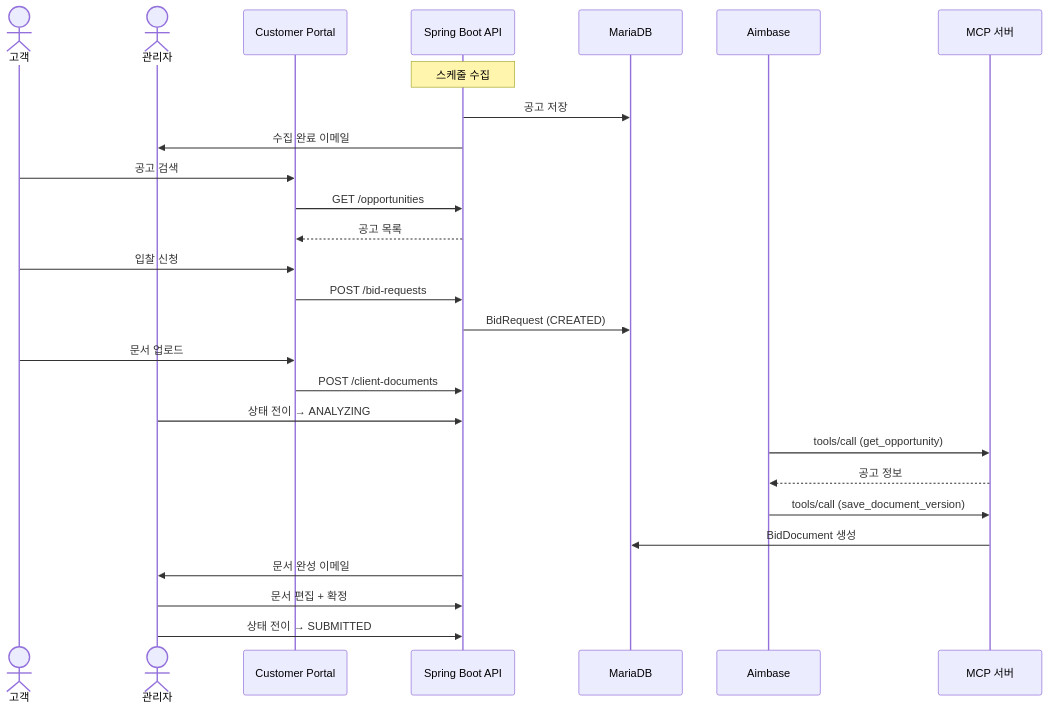
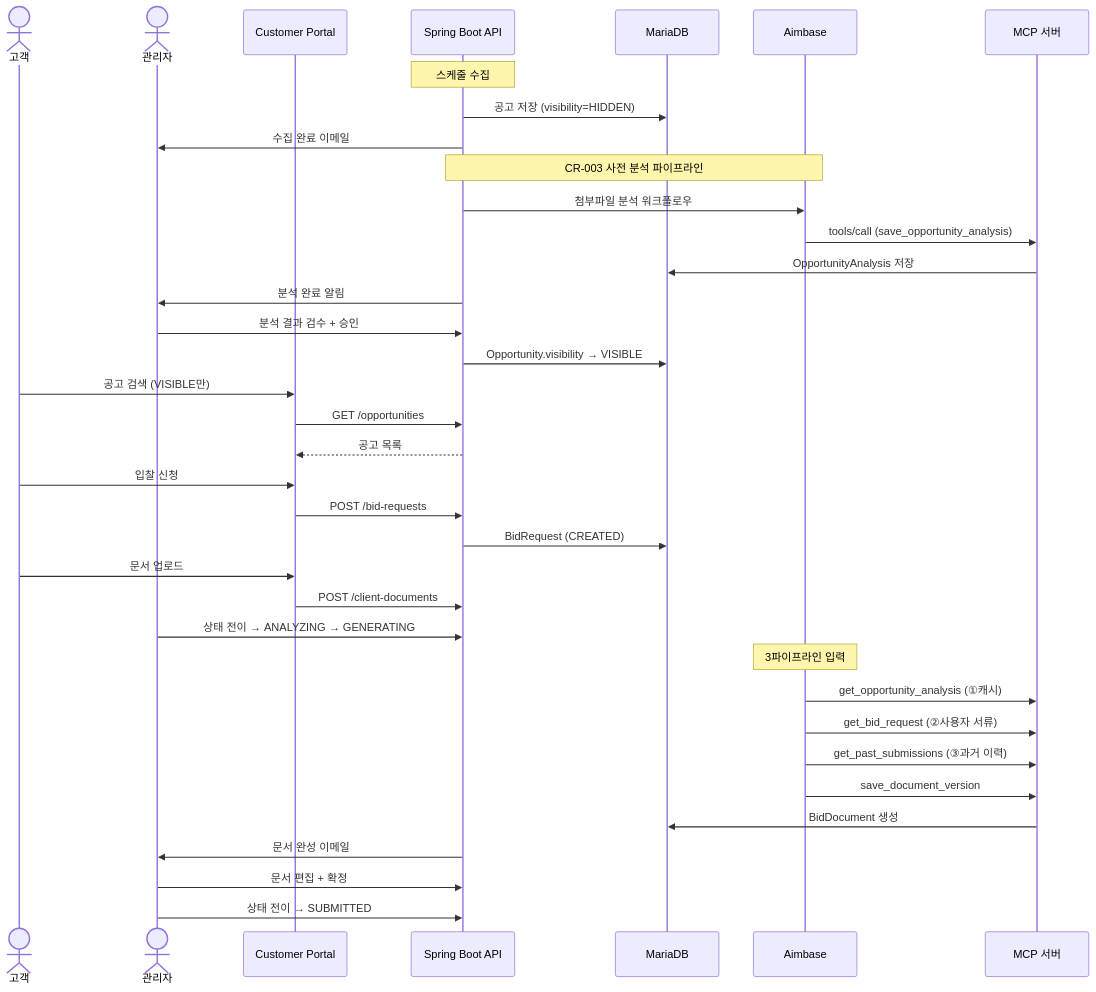
One commit to johnnykim7/wjbid changed the second of 2 diagrams in docs/execution-spec.md. Above: the diagram before and after it, drawn with Mermaid. The commit also changed other lines of this file and 169 other files, not shown here.

````diff
--- a/docs/execution-spec.md
+++ b/docs/execution-spec.md
@@ -444,35 +452,46 @@
 ```mermaid
 sequenceDiagram
     actor 고객
     actor 관리자
     participant Portal as Customer Portal
     participant API as Spring Boot API
     participant DB as MariaDB
     participant Aimbase
     participant MCP as MCP 서버
 
     Note over API: 스케줄 수집
-    API->>DB: 공고 저장
+    API->>DB: 공고 저장 (visibility=HIDDEN)
     API->>관리자: 수집 완료 이메일
 
-    고객->>Portal: 공고 검색
+    Note over API,Aimbase: CR-003 사전 분석 파이프라인
+    API->>Aimbase: 첨부파일 분석 워크플로우
+    Aimbase->>MCP: tools/call (save_opportunity_analysis)
+    MCP->>DB: OpportunityAnalysis 저장
+    API->>관리자: 분석 완료 알림
+
+    관리자->>API: 분석 결과 검수 + 승인
+    API->>DB: Opportunity.visibility → VISIBLE
+
+    고객->>Portal: 공고 검색 (VISIBLE만)
     Portal->>API: GET /opportunities
     API-->>Portal: 공고 목록
 
     고객->>Portal: 입찰 신청
     Portal->>API: POST /bid-requests
     API->>DB: BidRequest (CREATED)
 
     고객->>Portal: 문서 업로드
     Portal->>API: POST /client-documents
 
-    관리자->>API: 상태 전이 → ANALYZING
-    Aimbase->>MCP: tools/call (get_opportunity)
-    MCP-->>Aimbase: 공고 정보
-    Aimbase->>MCP: tools/call (save_document_version)
+    관리자->>API: 상태 전이 → ANALYZING → GENERATING
+    Note over Aimbase: 3파이프라인 입력
+    Aimbase->>MCP: get_opportunity_analysis (①캐시)
+    Aimbase->>MCP: get_bid_request (②사용자 서류)
+    Aimbase->>MCP: get_past_submissions (③과거 이력)
+    Aimbase->>MCP: save_document_version
     MCP->>DB: BidDocument 생성
     API->>관리자: 문서 완성 이메일
 
     관리자->>API: 문서 편집 + 확정
     관리자->>API: 상태 전이 → SUBMITTED
 ```
````
